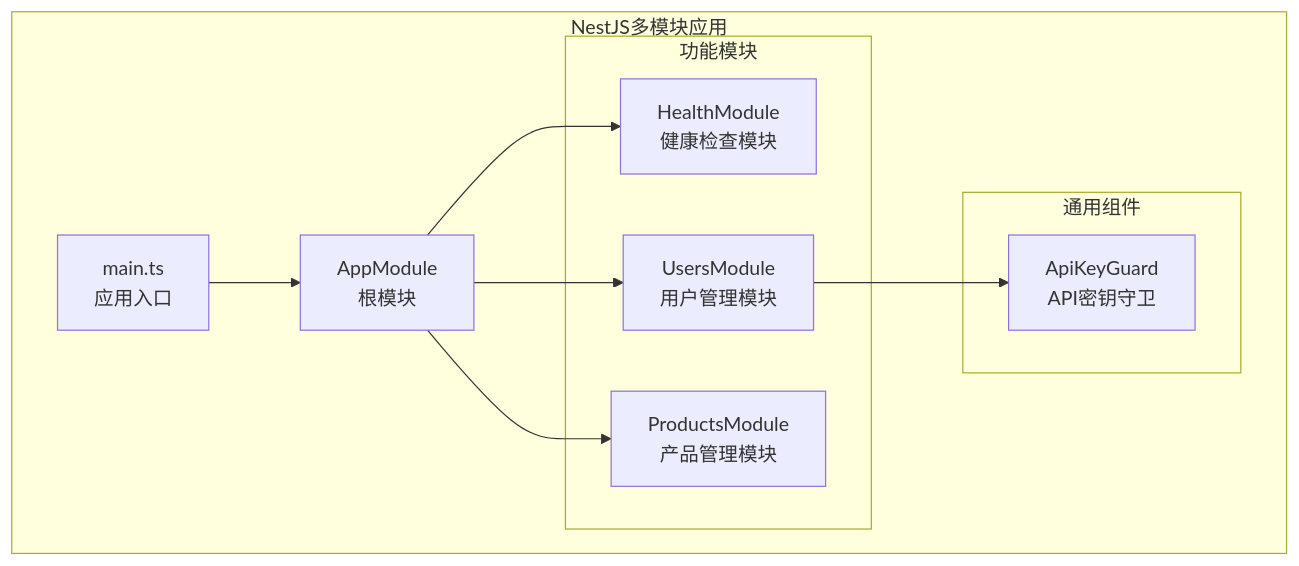
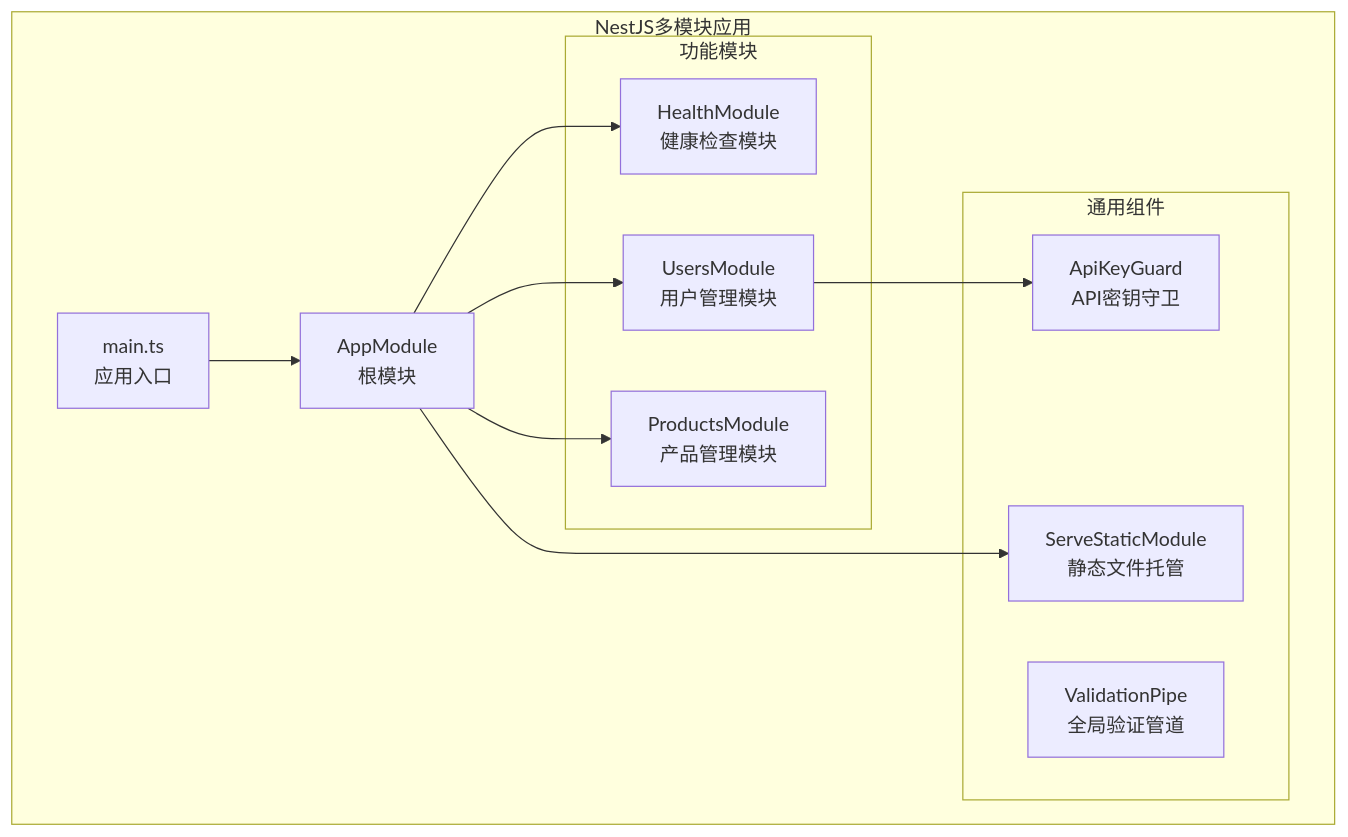
Before and after one commit to esa-sp/test-for-aone-ci: the first of 7 diagrams in .qoder/repowiki/zh/content/NestJS多模块架构测试.md, drawn with Mermaid. The commit also changed other lines of this file and 58 other files, not shown here.

````diff
--- a/.qoder/repowiki/zh/content/NestJS多模块架构测试.md
+++ b/.qoder/repowiki/zh/content/NestJS多模块架构测试.md
@@ -44,20 +54,23 @@
 ```mermaid
 graph TB
 subgraph "NestJS多模块应用"
 Main[main.ts<br/>应用入口]
 AppModule[AppModule<br/>根模块]
 subgraph "功能模块"
 HealthModule[HealthModule<br/>健康检查模块]
 UsersModule[UsersModule<br/>用户管理模块]
 ProductsModule[ProductsModule<br/>产品管理模块]
 end
 subgraph "通用组件"
 ApiKeyGuard[ApiKeyGuard<br/>API密钥守卫]
+ValidationPipe[ValidationPipe<br/>全局验证管道]
+ServeStaticModule[ServeStaticModule<br/>静态文件托管]
 end
 end
 Main --> AppModule
 AppModule --> HealthModule
 AppModule --> UsersModule
 AppModule --> ProductsModule
 UsersModule --> ApiKeyGuard
+AppModule --> ServeStaticModule
 ```
````
